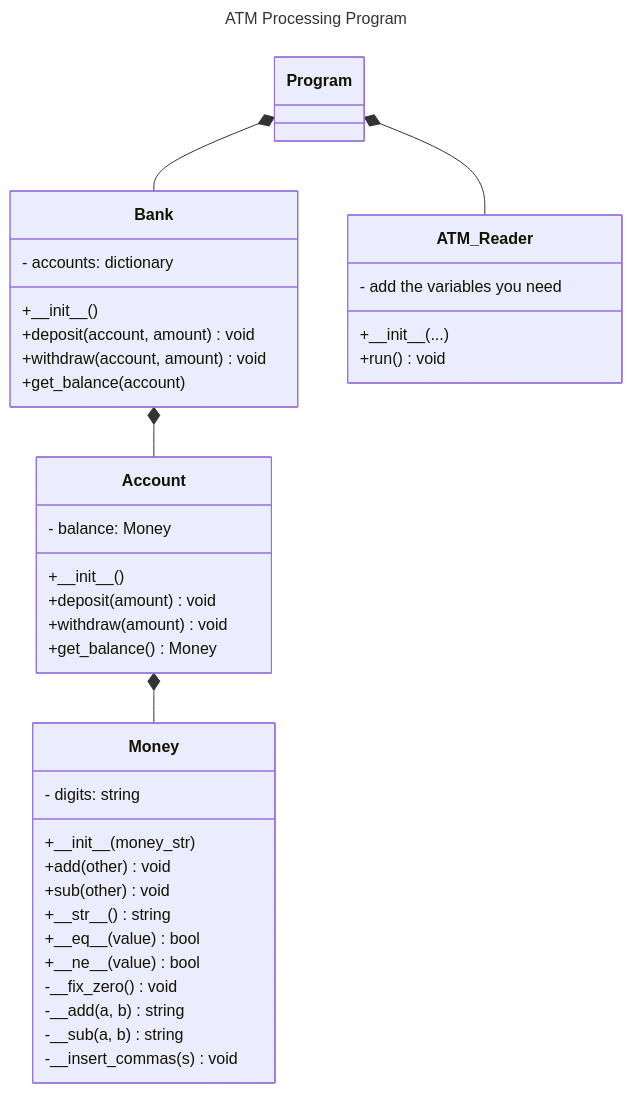
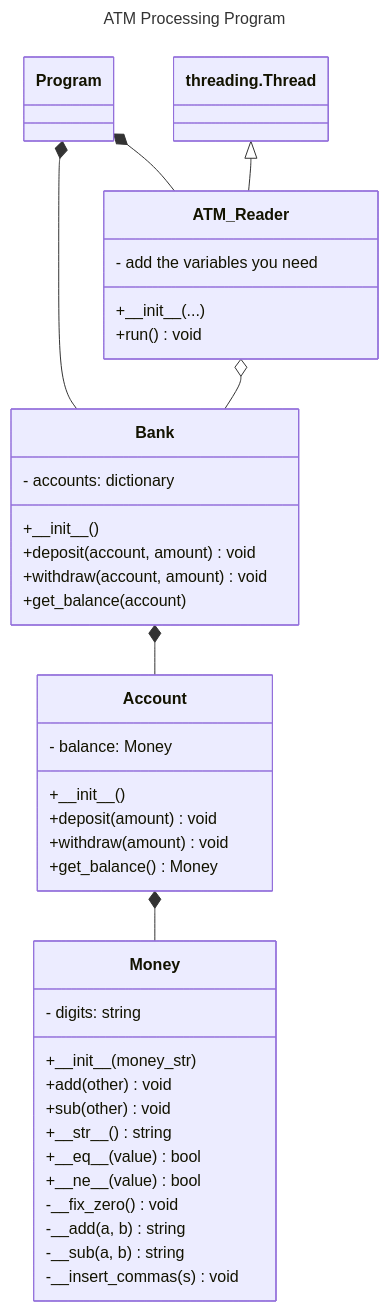
Before and after one commit to byui-cse/cse351-student-version: the first of 2 diagrams in lesson_02/canvas/prove.md, drawn with Mermaid. The commit also changed other lines of this file and 2 other files, not shown here.

````diff
--- a/lesson_02/canvas/prove.md
+++ b/lesson_02/canvas/prove.md
@@ -35,47 +42,53 @@
 ```mermaid
 ---
 title: ATM Processing Program
 ---
 classDiagram
 
     Program *-- Bank
     Program *-- ATM_Reader
     Bank *-- Account
     Account *-- Money
+
+    class threading.Thread {
+    }
 
     class Bank{
         - accounts: dictionary
         +\_\_init__()
         +deposit(account, amount) void
         +withdraw(account, amount) void
         +get_balance(account)
     }
 
     class Account{
         - balance: Money
         +\_\_init__()
         +deposit(amount) void
         +withdraw(amount) void
         +get_balance() Money
     }
 
     class ATM_Reader{
         - add the variables you need
         +\_\_init__(...)
         +run() void
     }
 
     class Money{
         - digits: string
         +\_\_init__(money_str)
         +add(other) void
         +sub(other) void
         +\_\_str__() string
         +\_\_eq__(value) bool
         +\_\_ne__(value) bool
         -__fix_zero() void
         -__add(a, b) string
         -__sub(a, b)string
         -__insert_commas(s) void
     }
+    
+    threading.Thread <|-- ATM_Reader 
+    ATM_Reader o-- Bank
 ```
````
